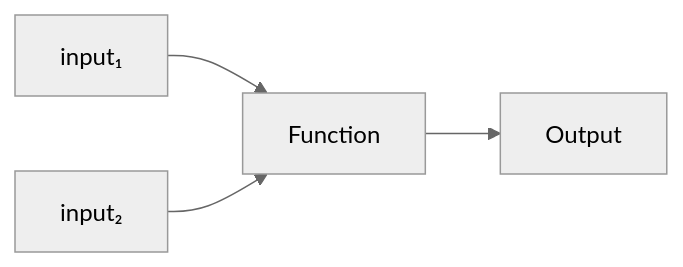
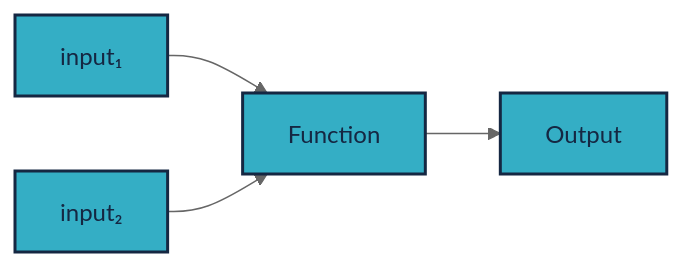
One commit to sze-info/ajr changed the third of 3 diagrams in docs/mesterseges_intelligencia/README.md. Above: the diagram before and after it, drawn with Mermaid (neutral theme). The commit also changed other lines of this file and 2 other files, not shown here.

````diff
--- a/docs/mesterseges_intelligencia/README.md
+++ b/docs/mesterseges_intelligencia/README.md
@@ -124,7 +161,12 @@
 ```mermaid
 graph LR
-    input1[input₁] --> function[Function]
-    input2[input₂] --> function
-    function --> output[Output]
+    input1[input₁]:::light --> function[Function]:::light
+    input2[input₂]:::light --> function
+    function --> output[Output]:::light
+
+    classDef light fill:#34aec5,stroke:#152742,stroke-width:2px,color:#152742  
+    classDef dark fill:#152742,stroke:#34aec5,stroke-width:2px,color:#34aec5
+    classDef white fill:#ffffff,stroke:#152742,stroke-width:2px,color:#152742
+    classDef red fill:#ef4638,stroke:#152742,stroke-width:2px,color:#fff
 
 ```
````
